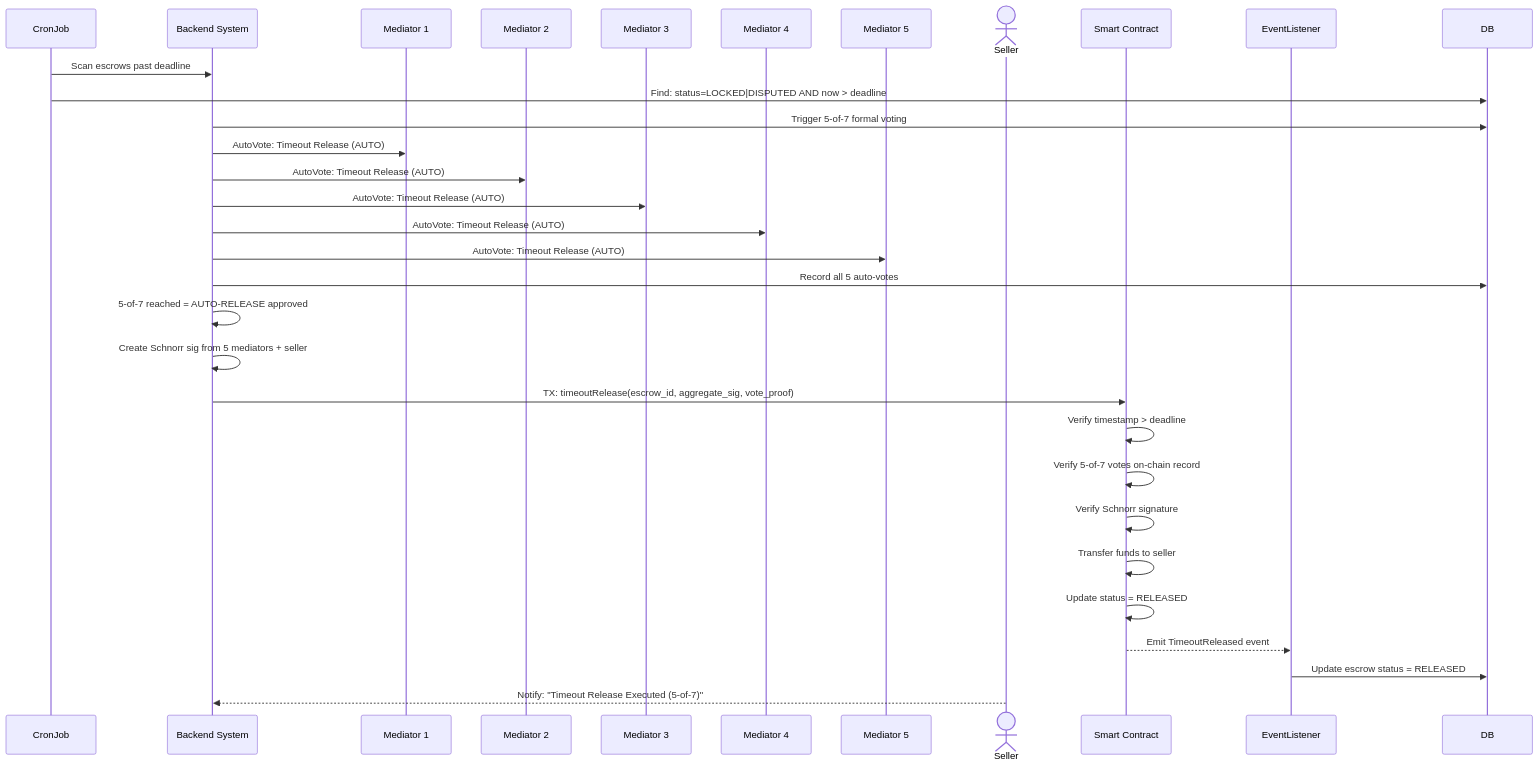
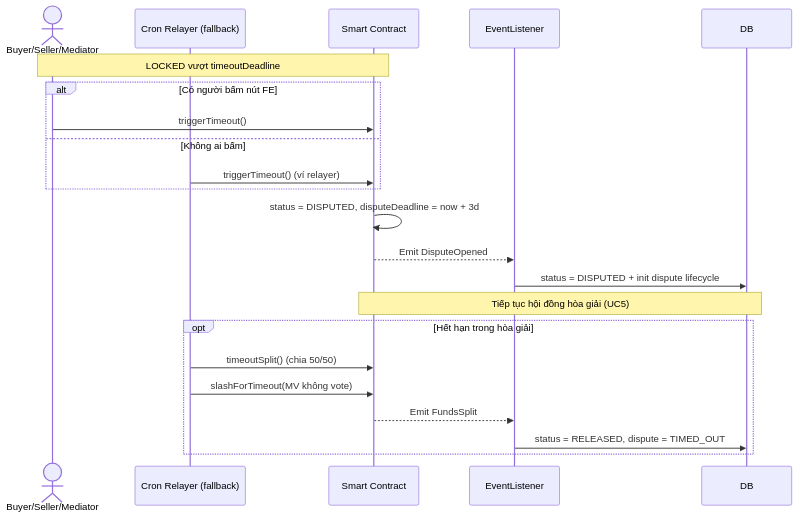
The eighth of 8 diagrams in docs/use-cases-and-user-stories.md (qnm1903/KLTN), drawn with Mermaid before and after one commit. The commit also changed other lines of this file and 23 other files, not shown here.

Commit message:
feat: add timeout in the system and some experiments

````diff
--- a/docs/use-cases-and-user-stories.md
+++ b/docs/use-cases-and-user-stories.md
@@ -410,40 +406,26 @@
 ```mermaid
 sequenceDiagram
-    participant CronJob
-    participant System as Backend System
-    participant M1 as Mediator 1
-    participant M2 as Mediator 2
-    participant M3 as Mediator 3
-    participant M4 as Mediator 4
-    participant M5 as Mediator 5
-    actor Seller
+    actor Party as Buyer/Seller/Mediator
+    participant CronJob as Cron Relayer (fallback)
     participant SmartContract as Smart Contract
     participant EventListener
     participant DB
 
-    CronJob->>System: Scan escrows past deadline
-    CronJob->>DB: Find: status=LOCKED|DISPUTED AND now > deadline
-    System->>DB: Trigger 5-of-7 formal voting
-    
-    System->>M1: AutoVote: Timeout Release (AUTO)
-    System->>M2: AutoVote: Timeout Release (AUTO)
-    System->>M3: AutoVote: Timeout Release (AUTO)
-    System->>M4: AutoVote: Timeout Release (AUTO)
-    System->>M5: AutoVote: Timeout Release (AUTO)
-    
-    System->>DB: Record all 5 auto-votes
-    System->>System: 5-of-7 reached = AUTO-RELEASE approved
-    
-    System->>System: Create Schnorr sig from 5 mediators + seller
-    System->>SmartContract: TX: timeoutRelease(escrow_id, aggregate_sig, vote_proof)
-    
-    SmartContract->>SmartContract: Verify timestamp > deadline
-    SmartContract->>SmartContract: Verify 5-of-7 votes on-chain record
-    SmartContract->>SmartContract: Verify Schnorr signature
-    SmartContract->>SmartContract: Transfer funds to seller
-    SmartContract->>SmartContract: Update status = RELEASED
-    SmartContract-->>EventListener: Emit TimeoutReleased event
-    
-    EventListener->>DB: Update escrow status = RELEASED
-    Seller-->>System: Notify: "Timeout Release Executed (5-of-7)"
+    Note over Party,SmartContract: LOCKED vượt timeoutDeadline
+    alt Có người bấm nút FE
+        Party->>SmartContract: triggerTimeout()
+    else Không ai bấm
+        CronJob->>SmartContract: triggerTimeout() (ví relayer)
+    end
+    SmartContract->>SmartContract: status = DISPUTED, disputeDeadline = now + 3d
+    SmartContract-->>EventListener: Emit DisputeOpened
+    EventListener->>DB: status = DISPUTED + init dispute lifecycle
+
+    Note over SmartContract,DB: Tiếp tục hội đồng hòa giải (UC5)
+    opt Hết hạn trong hòa giải
+        CronJob->>SmartContract: timeoutSplit() (chia 50/50)
+        CronJob->>SmartContract: slashForTimeout(MV không vote)
+        SmartContract-->>EventListener: Emit FundsSplit
+        EventListener->>DB: status = RELEASED, dispute = TIMED_OUT
+    end
 ```
````
